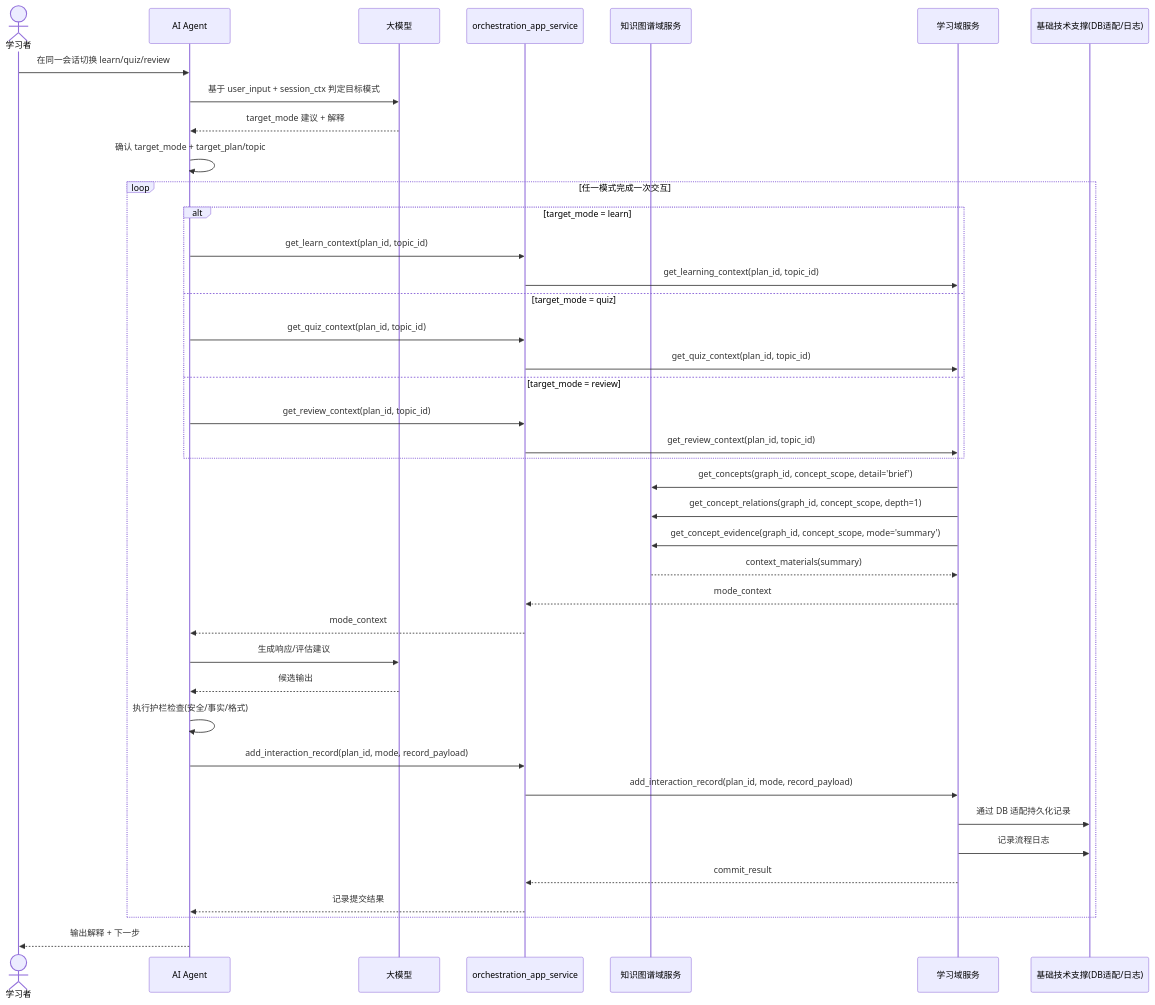
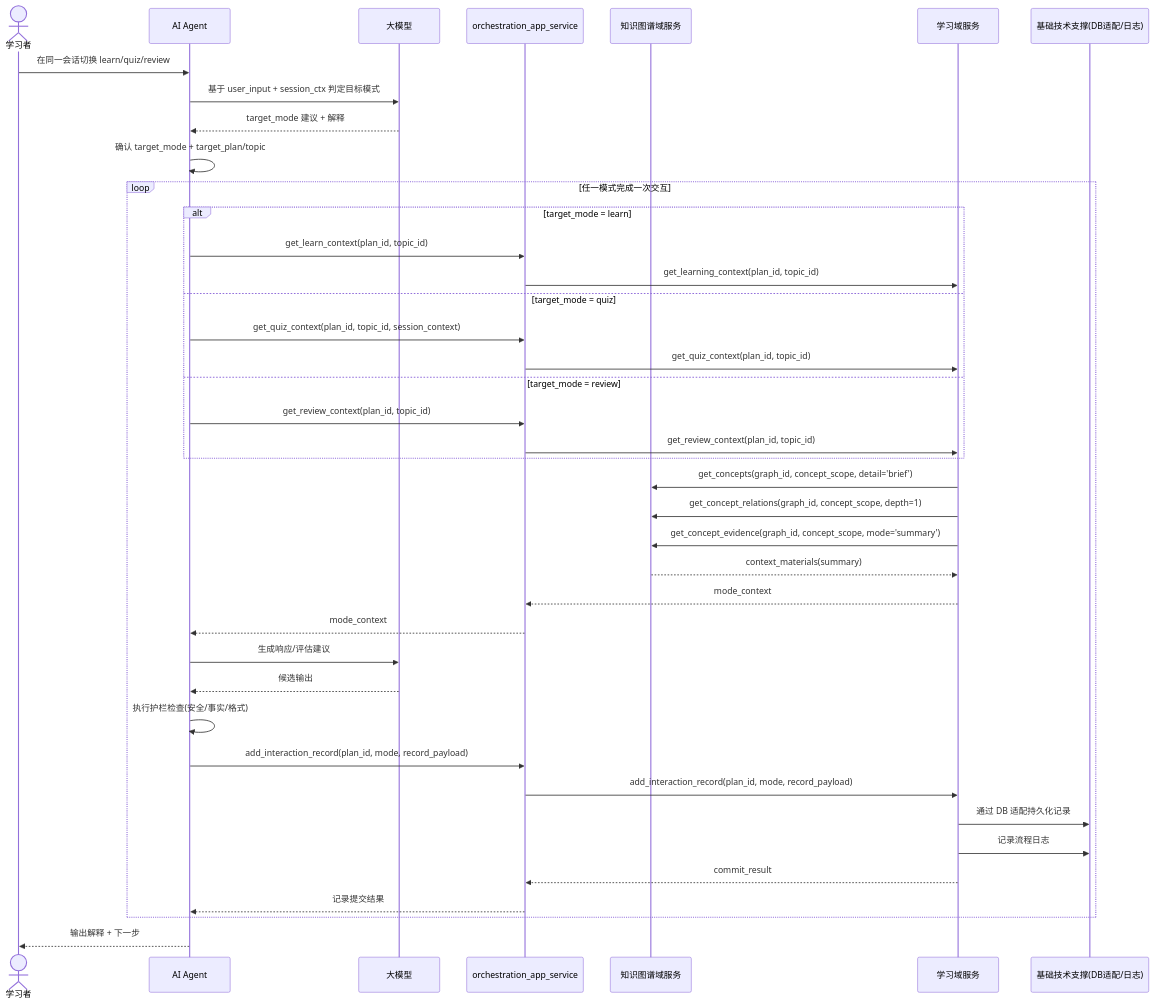
Before and after one commit to alavten/learn-socratic: the sixth of 7 diagrams in docs/architecture-design.md, drawn with Mermaid. The commit also changed other lines of this file and 20 other files, not shown here.

````diff
--- a/docs/architecture-design.md
+++ b/docs/architecture-design.md
@@ -253,43 +255,43 @@
 ```mermaid
 sequenceDiagram
   actor User as 学习者
   participant Agent as AI Agent
   participant LLM as 大模型
   participant Orchestrator as orchestration_app_service
   participant KG as 知识图谱域服务
   participant Learning as 学习域服务
   participant Foundation as 基础技术支撑(DB适配/日志)
 
   User->>Agent: 在同一会话切换 learn/quiz/review
   Agent->>LLM: 基于 user_input + session_ctx 判定目标模式
   LLM-->>Agent: target_mode 建议 + 解释
   Agent->>Agent: 确认 target_mode + target_plan/topic
   loop 任一模式完成一次交互
     alt target_mode = learn
       Agent->>Orchestrator: get_learn_context(plan_id, topic_id)
       Orchestrator->>Learning: get_learning_context(plan_id, topic_id)
     else target_mode = quiz
-      Agent->>Orchestrator: get_quiz_context(plan_id, topic_id)
+      Agent->>Orchestrator: get_quiz_context(plan_id, topic_id, session_context)
       Orchestrator->>Learning: get_quiz_context(plan_id, topic_id)
     else target_mode = review
       Agent->>Orchestrator: get_review_context(plan_id, topic_id)
       Orchestrator->>Learning: get_review_context(plan_id, topic_id)
     end
     Learning->>KG: get_concepts(graph_id, concept_scope, detail='brief')
     Learning->>KG: get_concept_relations(graph_id, concept_scope, depth=1)
     Learning->>KG: get_concept_evidence(graph_id, concept_scope, mode='summary')
     KG-->>Learning: context_materials(summary)
     Learning-->>Orchestrator: mode_context
     Orchestrator-->>Agent: mode_context
     Agent->>LLM: 生成响应/评估建议
     LLM-->>Agent: 候选输出
     Agent->>Agent: 执行护栏检查(安全/事实/格式)
     Agent->>Orchestrator: add_interaction_record(plan_id, mode, record_payload)
     Orchestrator->>Learning: add_interaction_record(plan_id, mode, record_payload)
     Learning->>Foundation: 通过 DB 适配持久化记录
     Learning->>Foundation: 记录流程日志
     Learning-->>Orchestrator: commit_result
     Orchestrator-->>Agent: 记录提交结果
   end
   Agent-->>User: 输出解释 + 下一步
 ```
````
